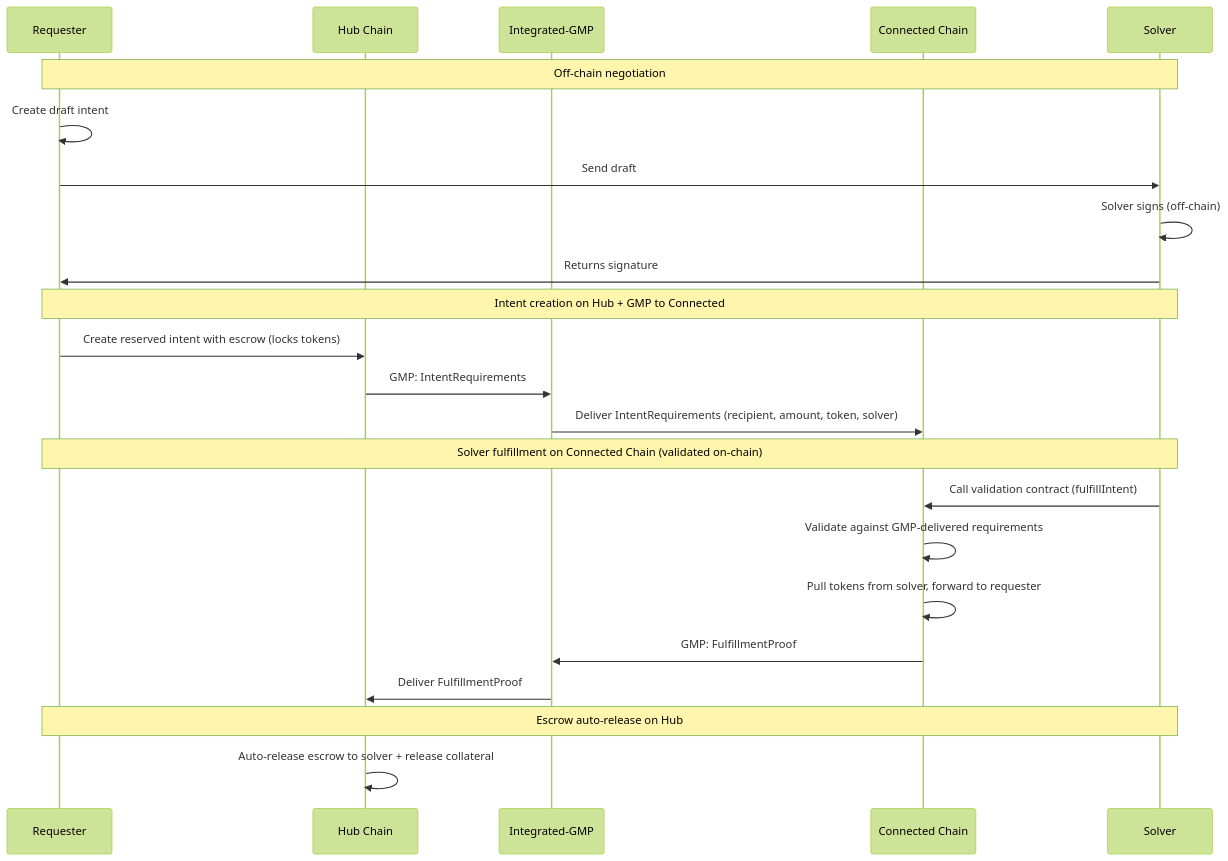
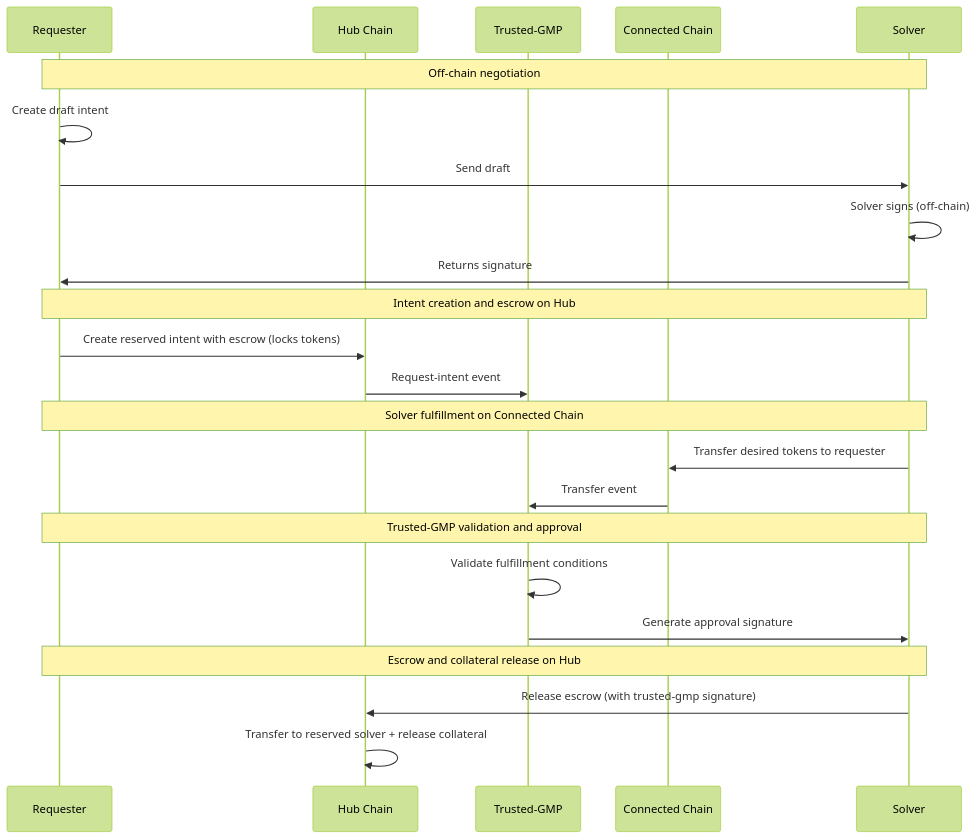
Before and after one commit to MoveIndustries/int3nts: the diagram in docs/architecture/conception/conception_outflow.md, drawn with Mermaid (forest theme). The commit also changed other lines of this file and 493 other files, not shown here.

First line of the commit message:
Revert "Integrated GMP (Generic Message Passing) instead of verifier architec…"

````diff
--- a/docs/architecture/conception/conception_outflow.md
+++ b/docs/architecture/conception/conception_outflow.md
@@ -15,29 +15,30 @@
 ```mermaid
 sequenceDiagram
     participant Requester
     participant Hub as Hub Chain
-    participant IntegratedGMP as Integrated-GMP
+    participant TrustedGMP as Trusted-GMP
     participant Connected as Connected Chain
     participant Solver
 
     Note over Requester,Solver: Off-chain negotiation
     Requester->>Requester: Create draft intent
     Requester->>Solver: Send draft
     Solver->>Solver: Solver signs (off-chain)
     Solver->>Requester: Returns signature
 
-    Note over Requester,Solver: Intent creation on Hub + GMP to Connected
+    Note over Requester,Solver: Intent creation and escrow on Hub
     Requester->>Hub: Create reserved intent with escrow (locks tokens)
-    Hub->>IntegratedGMP: GMP: IntentRequirements
-    IntegratedGMP->>Connected: Deliver IntentRequirements (recipient, amount, token, solver)
+    Hub->>TrustedGMP: Request-intent event
 
-    Note over Requester,Solver: Solver fulfillment on Connected Chain (validated on-chain)
-    Solver->>Connected: Call validation contract (fulfillIntent)
-    Connected->>Connected: Validate against GMP-delivered requirements
-    Connected->>Connected: Pull tokens from solver, forward to requester
-    Connected->>IntegratedGMP: GMP: FulfillmentProof
-    IntegratedGMP->>Hub: Deliver FulfillmentProof
+    Note over Requester,Solver: Solver fulfillment on Connected Chain
+    Solver->>Connected: Transfer desired tokens to requester
+    Connected->>TrustedGMP: Transfer event
 
-    Note over Requester,Solver: Escrow auto-release on Hub
-    Hub->>Hub: Auto-release escrow to solver + release collateral
+    Note over Requester,Solver: Trusted-GMP validation and approval
+    TrustedGMP->>TrustedGMP: Validate fulfillment conditions
+    TrustedGMP->>Solver: Generate approval signature
+
+    Note over Requester,Solver: Escrow and collateral release on Hub
+    Solver->>Hub: Release escrow (with trusted-gmp signature)
+    Hub->>Hub: Transfer to reserved solver + release collateral
 ```
````
